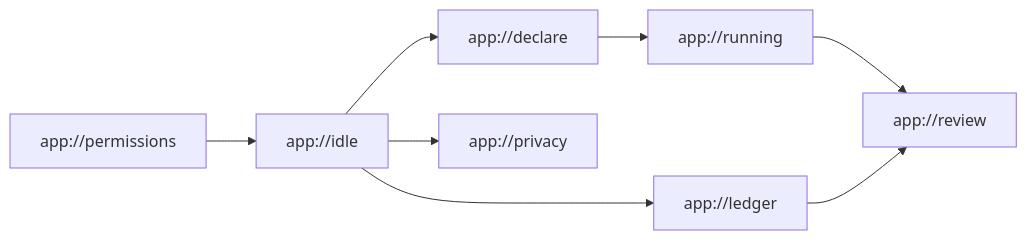
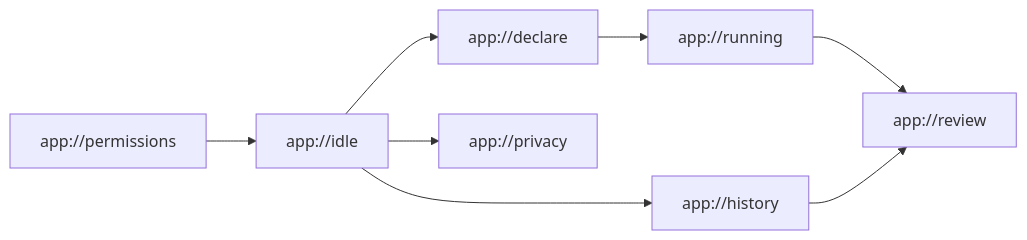
The diagram in docs/design.md (Alexandre-Nevero/focuslocal), drawn with Mermaid before and after one commit. The commit also changed other lines of this file and 1 other file, not shown here.

First line of the commit message:
Show the record, not a finish headline, in review and history.

````diff
--- a/docs/design.md
+++ b/docs/design.md
@@ -42,10 +43,10 @@
 ```mermaid
 flowchart LR
   Perm[app://permissions] --> Idle[app://idle]
   Idle --> Declare[app://declare]
   Declare --> Running[app://running]
   Running --> Review[app://review]
-  Idle --> Ledger[app://ledger]
-  Ledger --> Review
+  Idle --> History[app://history]
+  History --> Review
   Idle --> Privacy[app://privacy]
 ```
````
